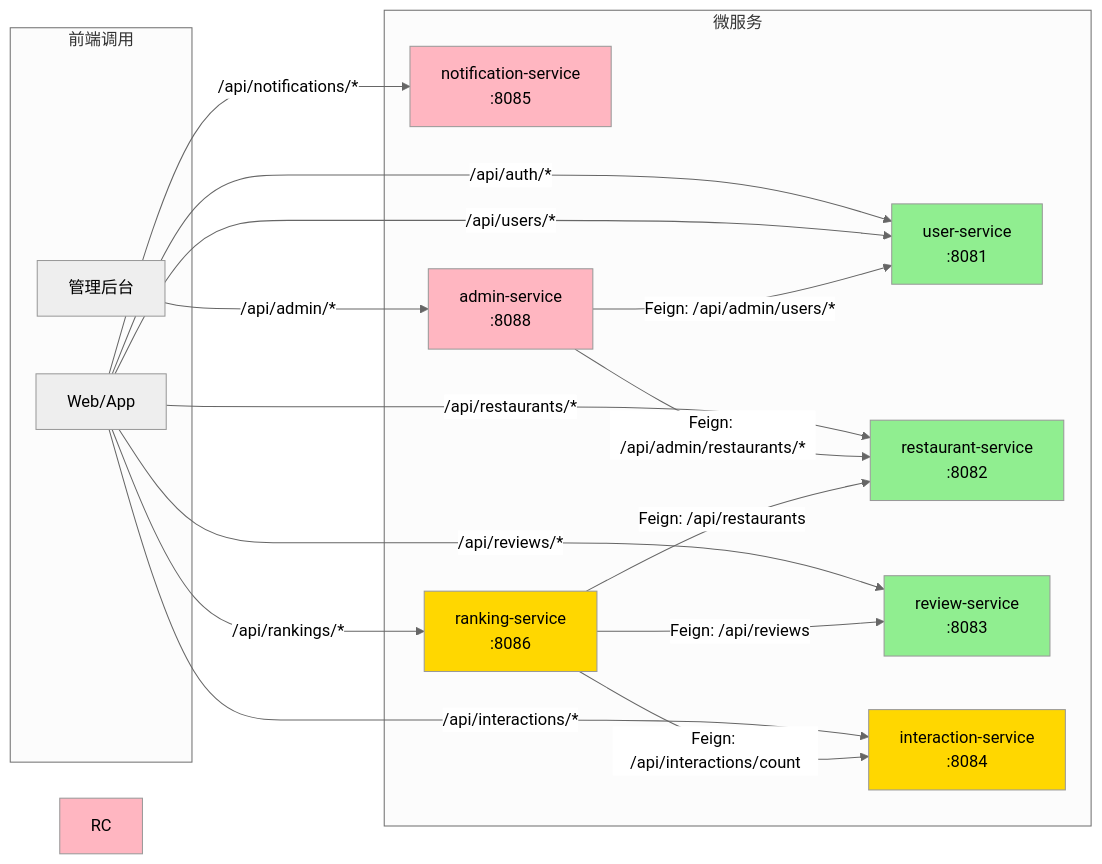
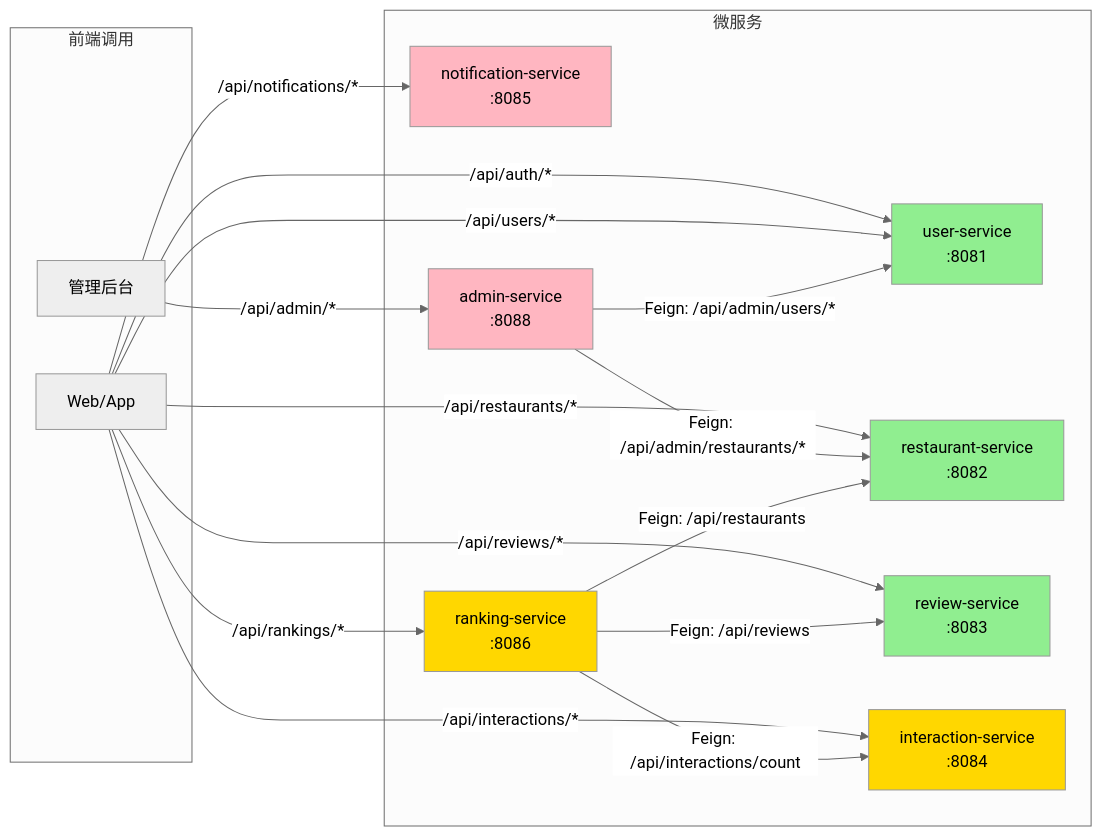
One commit to vopar-hub/campus-review changed the second of 3 diagrams in campus-review-service/docs/微服务架构分析.md. Above: the diagram before and after it, drawn with Mermaid (neutral theme).

Commit message:
docs: 修改 campus-review-service/docs/微服务架构分析.md

````diff
--- a/campus-review-service/docs/微服务架构分析.md
+++ b/campus-review-service/docs/微服务架构分析.md
@@ -269,42 +269,41 @@
 ```mermaid
 graph LR
     subgraph Frontend ["前端调用"]
         A[Web/App]
         B[管理后台]
     end
 
     subgraph Services ["微服务"]
         US[user-service<br/>:8081]
         RS[restaurant-service<br/>:8082]
         RV[review-service<br/>:8083]
         INT[interaction-service<br/>:8084]
         NT[notification-service<br/>:8085]
         RK[ranking-service<br/>:8086]
         ADM[admin-service<br/>:8088]
     end
 
     A -->|/api/auth/* | US
     A -->|/api/users/* | US
     A -->|/api/restaurants/* | RS
     A -->|/api/reviews/* | RV
     A -->|/api/interactions/* | INT
     A -->|/api/notifications/* | NT
     A -->|/api/rankings/* | RK
     B -->|/api/admin/* | ADM
 
     ADM -->|Feign: /api/admin/users/*| US
     ADM -->|Feign: /api/admin/restaurants/*| RS
 
     RK -->|Feign: /api/reviews| RV
     RK -->|Feign: /api/interactions/count| INT
     RK -->|Feign: /api/restaurants| RS
 
     style US fill:#90EE90
     style RS fill:#90EE90
     style RV fill:#90EE90
     style INT fill:#FFD700
     style RK fill:#FFD700
     style NT fill:#FFB6C1
-    style RC fill:#FFB6C1
     style ADM fill:#FFB6C1
 ```
````
